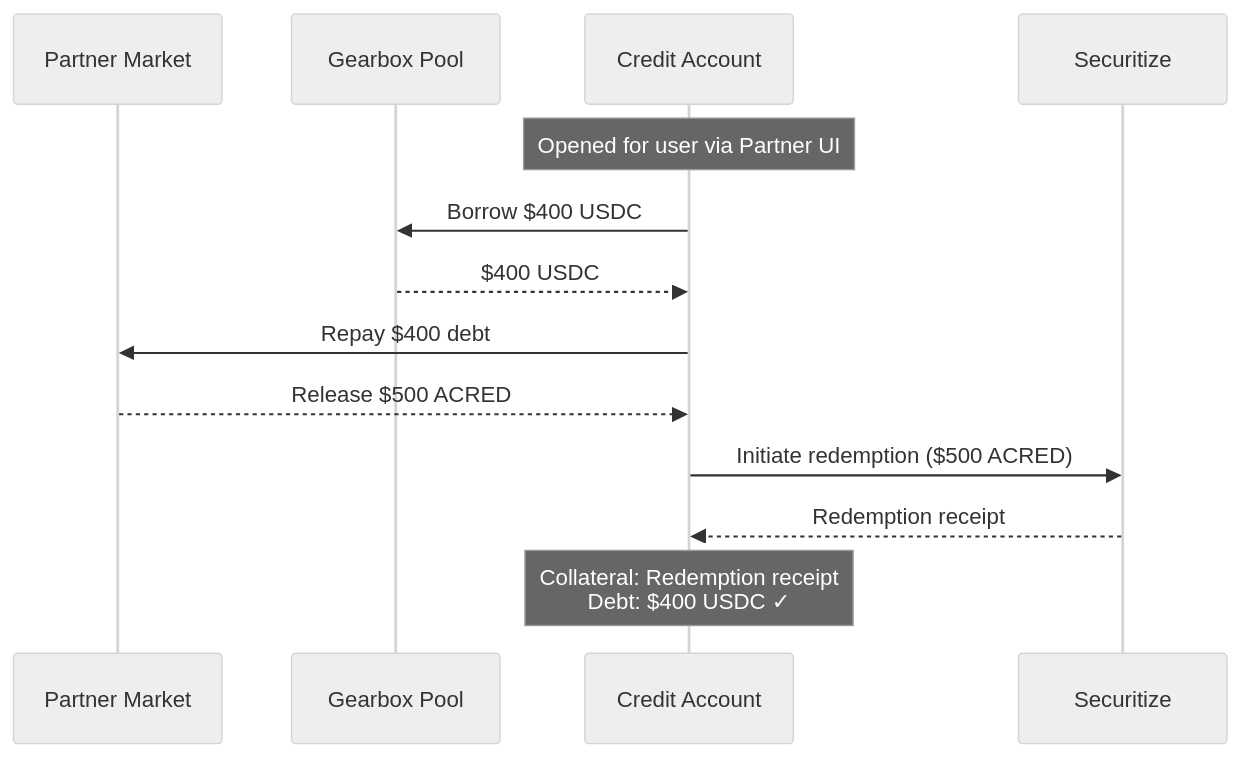
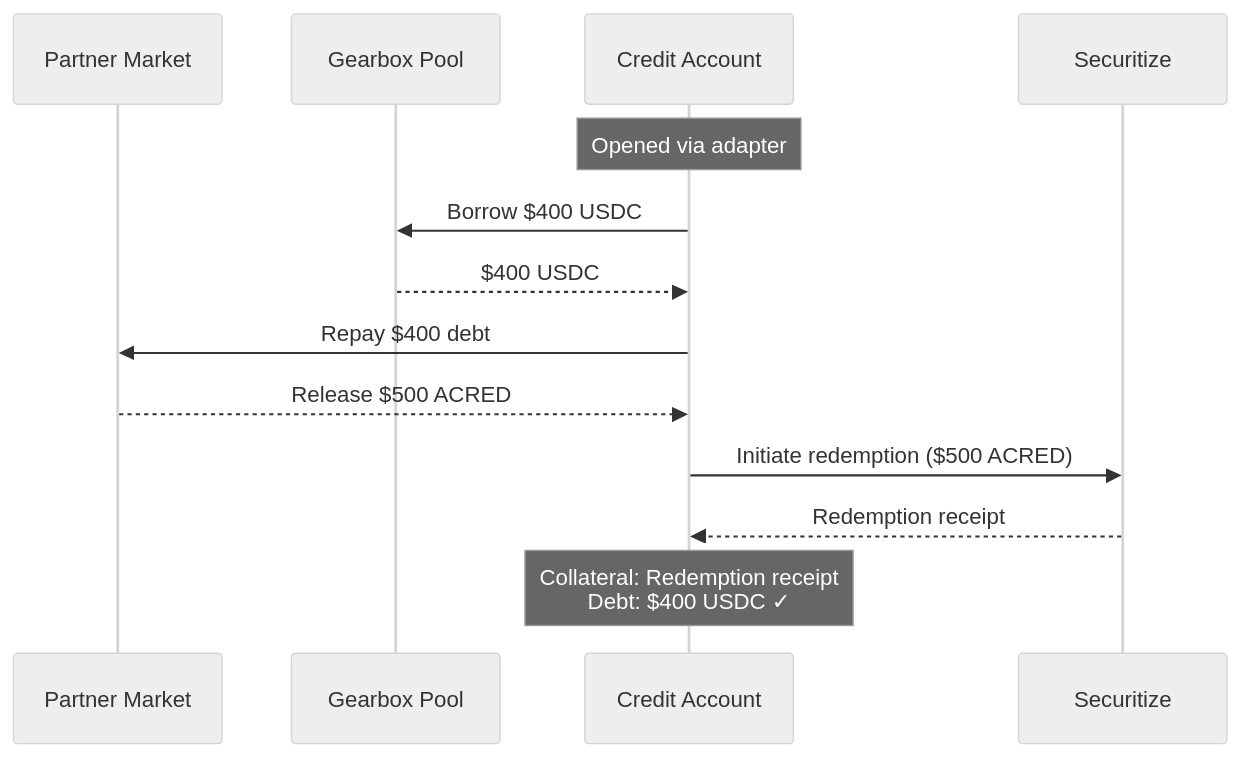
One commit to Gearbox-protocol/docs-knowledge changed the seventh of 10 diagrams in reference/usecase-faster-rwa-settlement-with-leverage.md. Above: the diagram before and after it, drawn with Mermaid (neutral theme). The commit also changed other lines of this file, not shown here.

First line of the commit message:
docs: contract-level consistency pass — Phase 2+4 diagrams

````diff
--- a/reference/usecase-faster-rwa-settlement-with-leverage.md
+++ b/reference/usecase-faster-rwa-settlement-with-leverage.md
@@ -286,16 +288,16 @@
 ```mermaid
 sequenceDiagram
     participant M as Partner Market
     participant GP as Gearbox Pool
     participant CA as Credit Account
     participant S as Securitize
 
-    Note over CA: Opened for user via Partner UI
+    Note over CA: Opened via adapter
     CA->>GP: Borrow $400 USDC
     GP-->>CA: $400 USDC
     CA->>M: Repay $400 debt
     M-->>CA: Release $500 ACRED
     CA->>S: Initiate redemption ($500 ACRED)
     S-->>CA: Redemption receipt
     Note over CA: Collateral: Redemption receipt<br/>Debt: $400 USDC ✓
 ```
````
